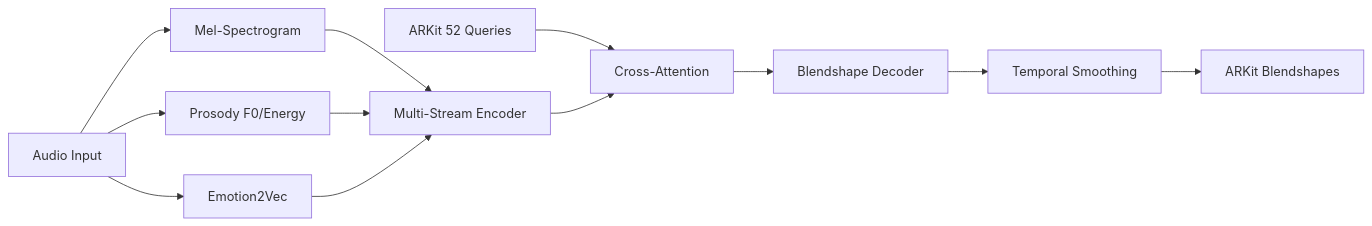
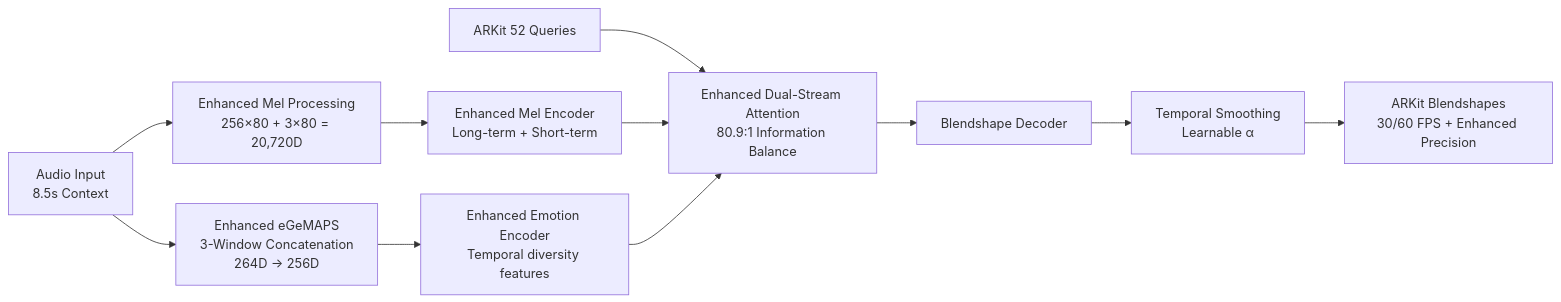
One commit to atsuki-ichikawa/KoeMorph changed the diagram in README.md. Above: the diagram before and after it, drawn with Mermaid. The commit also changed other lines of this file and 24 other files, not shown here.

First line of the commit message:
Add 60fps support and sequential dual-stream architecture

````diff
--- a/README.md
+++ b/README.md
@@ -22,17 +27,16 @@
 ```mermaid
 graph LR
-    A[Audio Input] --> B[Mel-Spectrogram]
-    A --> C[Prosody F0/Energy]
-    A --> D[Emotion2Vec]
+    A[Audio Input<br/>8.5s Context] --> B[Enhanced Mel Processing<br/>256×80 + 3×80 = 20,720D]
+    A --> C[Enhanced eGeMAPS<br/>3-Window Concatenation<br/>264D → 256D]
     
-    B --> E[Multi-Stream Encoder]
-    C --> E
-    D --> E
+    B --> D[Enhanced Mel Encoder<br/>Long-term + Short-term]
+    C --> E[Enhanced Emotion Encoder<br/>Temporal diversity features]
     
-    F[ARKit 52 Queries] --> G[Cross-Attention]
+    F[ARKit 52 Queries] --> G[Enhanced Dual-Stream Attention<br/>80.9:1 Information Balance]
+    D --> G
     E --> G
     
     G --> H[Blendshape Decoder]
-    H --> I[Temporal Smoothing]
-    I --> J[ARKit Blendshapes]
+    H --> I[Temporal Smoothing<br/>Learnable α]
+    I --> J[ARKit Blendshapes<br/>30/60 FPS + Enhanced Precision]
 ```
````
